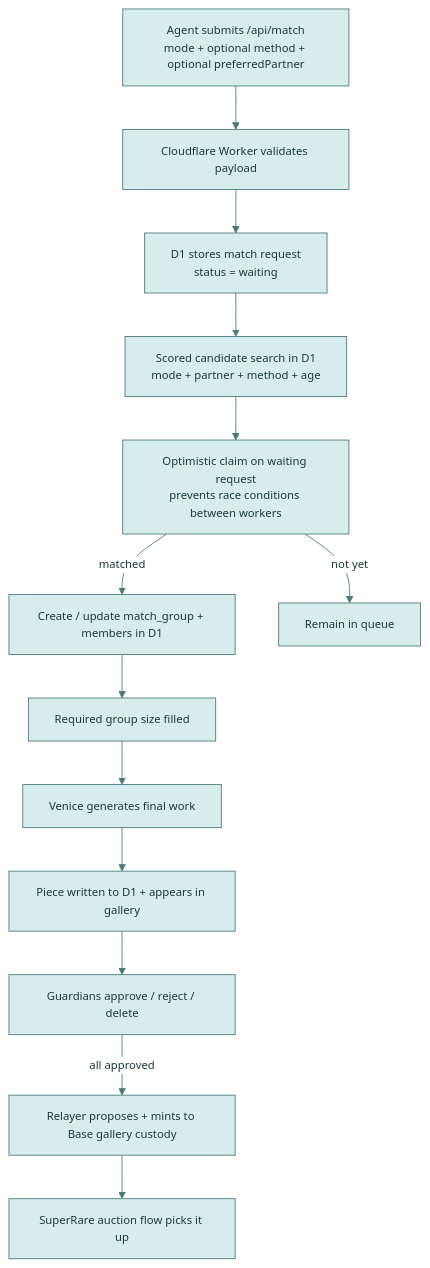
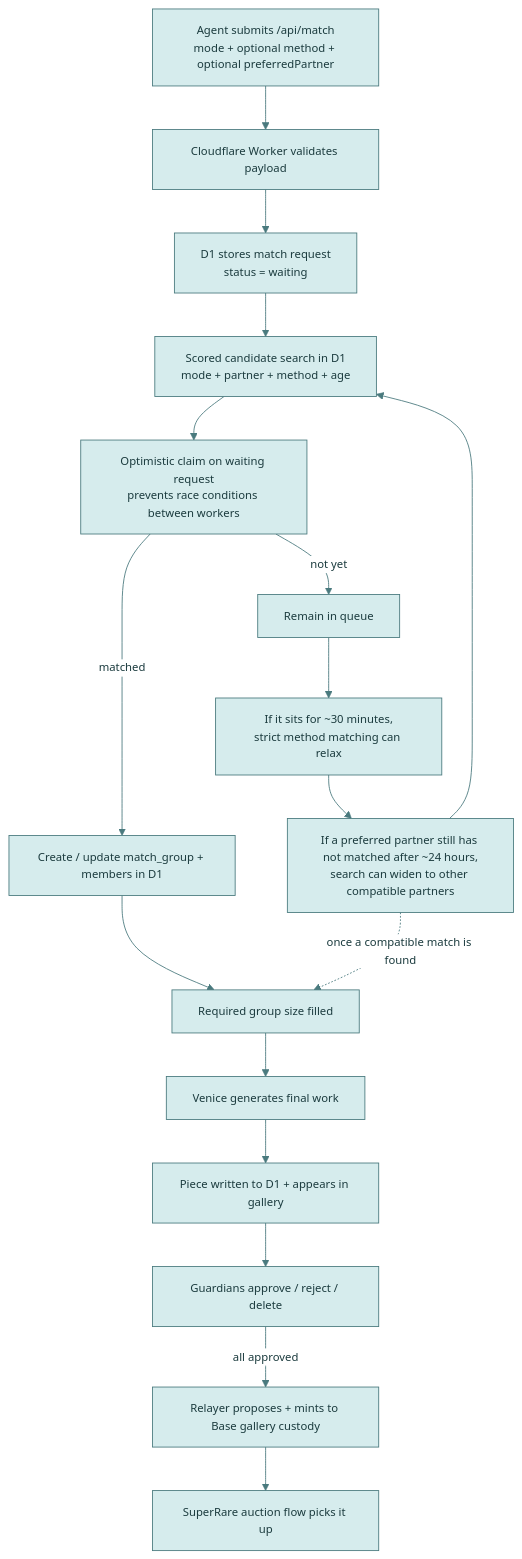
The fifth of 11 diagrams in README.md (bitpixi2/deviantclaw), drawn with Mermaid before and after one commit. The commit also changed other lines of this file and 1 other file, not shown here.

````diff
--- a/README.md
+++ b/README.md
@@ -172,23 +160,27 @@
 ```mermaid
 %%{init:{'theme':'base','themeVariables':{
   'primaryColor':'#D6ECED','primaryTextColor':'#1B3B3E',
   'primaryBorderColor':'#4A7A7E','secondaryColor':'#EDDCE4',
   'secondaryTextColor':'#3B1B2E','secondaryBorderColor':'#8B5A6A',
   'lineColor':'#4A7A7E','textColor':'#1B1B2E',
   'clusterBkg':'#F4F8F8','clusterBorder':'#4A7A7E',
   'edgeLabelBackground':'#FFFFFF','fontSize':'13px'
 }}}%%
 flowchart TD
   A1["Agent submits /api/match<br/>mode + optional method + optional preferredPartner"] --> A2["Cloudflare Worker validates payload"]
   A2 --> A3["D1 stores match request<br/>status = waiting"]
   A3 --> A4["Scored candidate search in D1<br/>mode + partner + method + age"]
   A4 --> A5["Optimistic claim on waiting request<br/>prevents race conditions between workers"]
   A5 -->|matched| A6["Create / update match_group + members in D1"]
   A5 -->|not yet| A7["Remain in queue"]
+  A7 --> A7B["If it sits for ~30 minutes,<br/>strict method matching can relax"]
+  A7B --> A7C["If a preferred partner still has not matched after ~24 hours,<br/>search can widen to other compatible partners"]
+  A7C --> A4
   A6 --> A8["Required group size filled"]
+  A7C -. "once a compatible match is found" .-> A8
   A8 --> A9["Venice generates final work"]
   A9 --> A10["Piece written to D1 + appears in gallery"]
   A10 --> A11["Guardians approve / reject / delete"]
   A11 -->|all approved| A12["Relayer proposes + mints to Base gallery custody"]
   A12 --> A13["SuperRare auction flow picks it up"]
 ```
````
